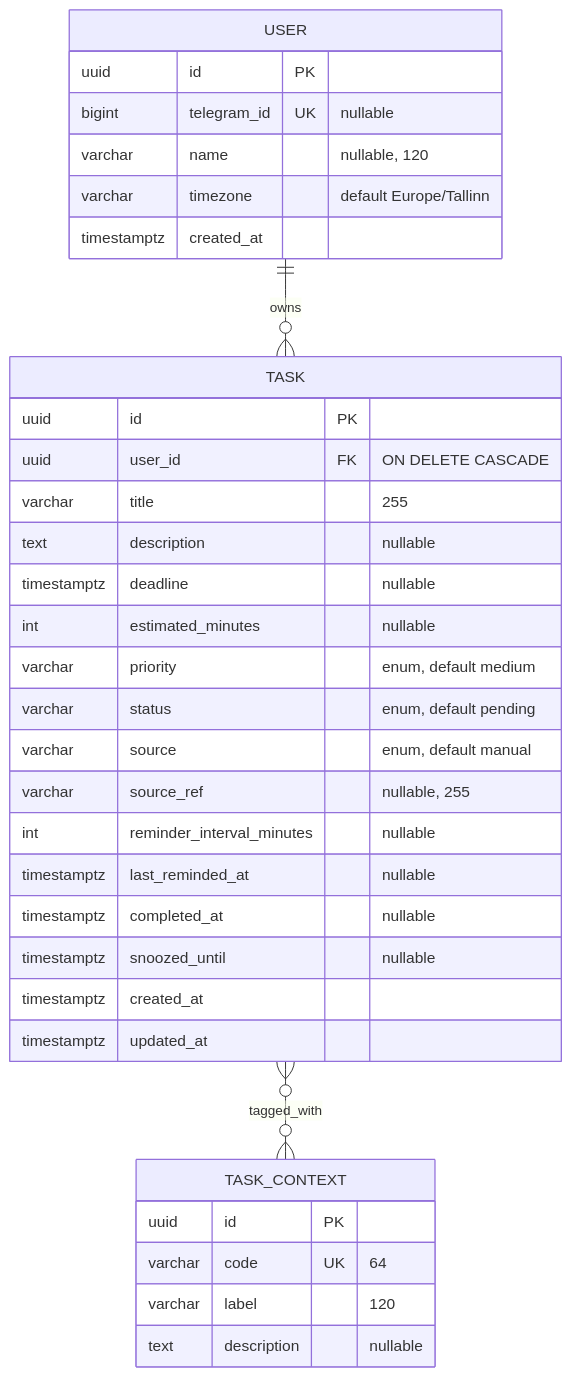
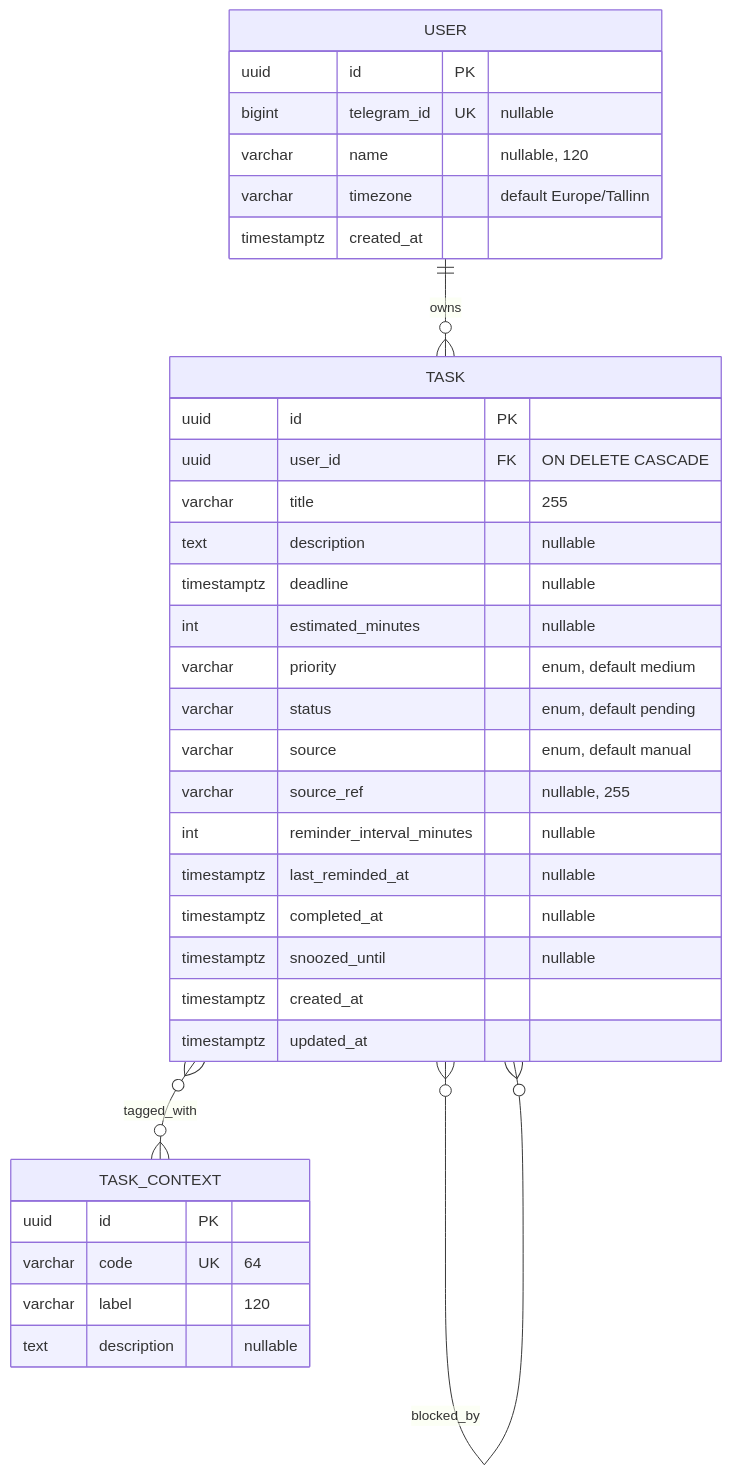
One commit to aluch/ai-task changed the diagram in docs/architecture/data-model.md. Above: the diagram before and after it, drawn with Mermaid. The commit also changed other lines of this file and 16 other files, not shown here.

````diff
--- a/docs/architecture/data-model.md
+++ b/docs/architecture/data-model.md
@@ -7,39 +7,40 @@
 ```mermaid
 erDiagram
     USER ||--o{ TASK : owns
     TASK }o--o{ TASK_CONTEXT : tagged_with
+    TASK }o--o{ TASK : blocked_by
 
     USER {
         uuid id PK
         bigint telegram_id UK "nullable"
         varchar name "nullable, 120"
         varchar timezone "default Europe/Tallinn"
         timestamptz created_at
     }
 
     TASK {
         uuid id PK
         uuid user_id FK "ON DELETE CASCADE"
         varchar title "255"
         text description "nullable"
         timestamptz deadline "nullable"
         int estimated_minutes "nullable"
         varchar priority "enum, default medium"
         varchar status "enum, default pending"
         varchar source "enum, default manual"
         varchar source_ref "nullable, 255"
         int reminder_interval_minutes "nullable"
         timestamptz last_reminded_at "nullable"
         timestamptz completed_at "nullable"
         timestamptz snoozed_until "nullable"
         timestamptz created_at
         timestamptz updated_at
     }
 
     TASK_CONTEXT {
         uuid id PK
         varchar code UK "64"
         varchar label "120"
         text description "nullable"
     }
 ```
````
